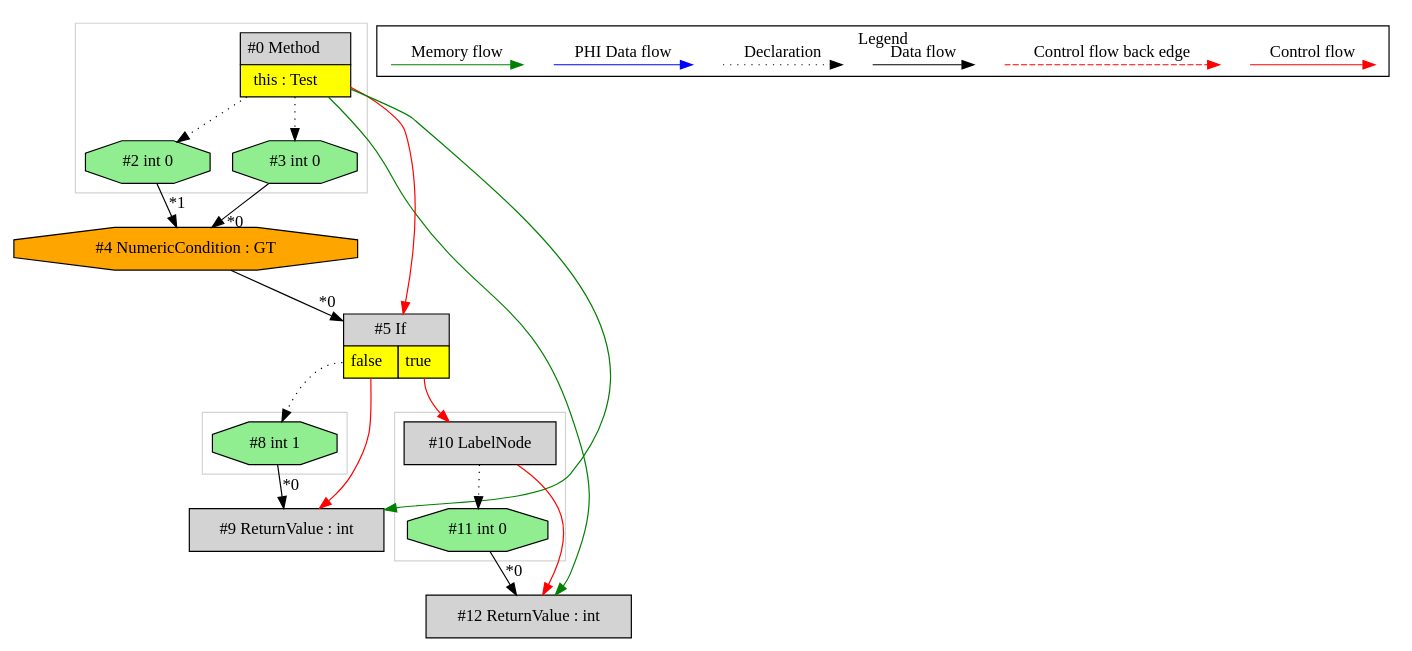
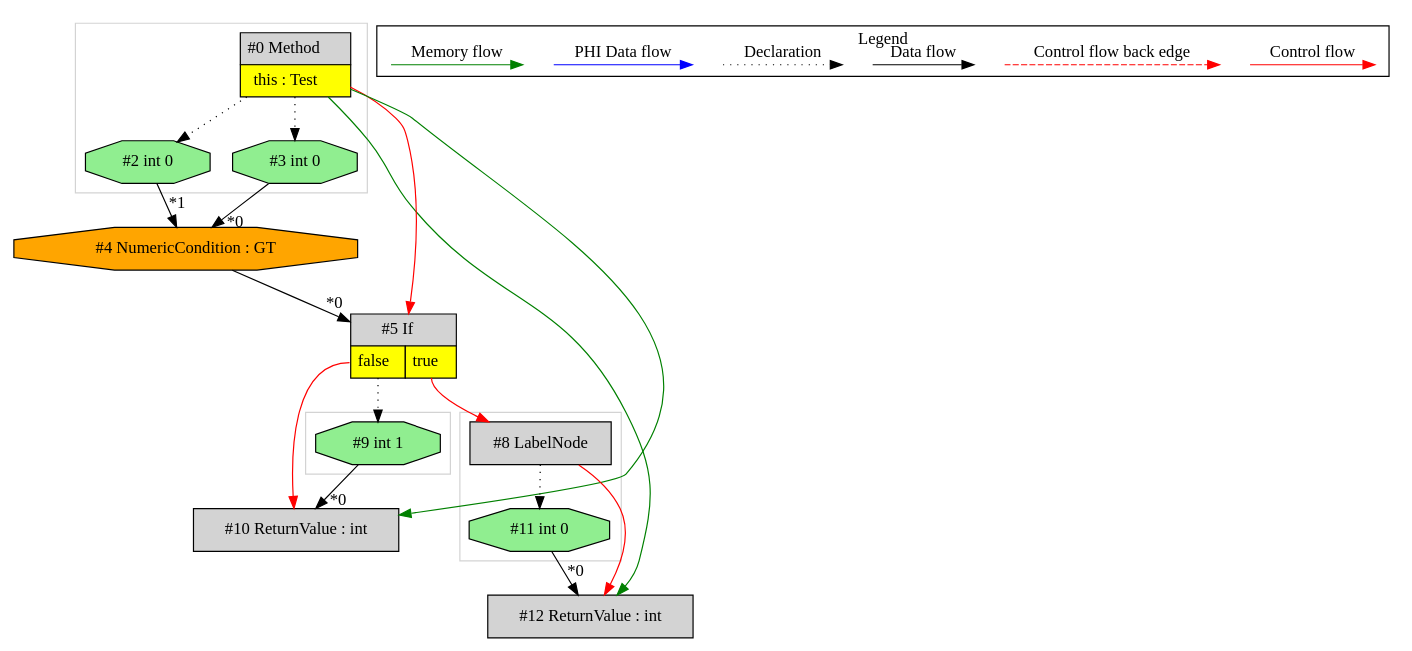
Before and after one commit to mirkosertic/MetaIR: the diagram in de.mirkosertic.metair.ir.OpcodeIFGTTest/test_IFGT/ir.dot, drawn with Graphviz. The commit also changed 1240 other files, not shown here.

```diff
--- a/de.mirkosertic.metair.ir.OpcodeIFGTTest/test_IFGT/ir.dot
+++ b/de.mirkosertic.metair.ir.OpcodeIFGTTest/test_IFGT/ir.dot
@@ -1,69 +1,69 @@
 digraph {
  ordering="in";
  node0[margin="0", label=<<table border="0" cellborder="1" cellspacing="0" cellpadding="5"><tr><td colspan="1">#0 Method</td></tr><tr><td port="prj1" bgcolor="yellow">this : Test</td></tr></table>>,shape=none, fillcolor=lightgrey, style=filled];
  node12[label="#12 ReturnValue : int",shape=box, fillcolor=lightgrey, style=filled];
  node11 -> node12[headlabel="*0", labeldistance=2];
- node10 -> node12[labeldistance=2, color=red, fontcolor=red];
+ node8 -> node12[labeldistance=2, color=red, fontcolor=red];
  node0 -> node12[labeldistance=2, color=green, constraint=false];
- node10[label="#10 LabelNode",shape=box, fillcolor=lightgrey, style=filled];
- node5:prj7 -> node10[labeldistance=2, color=red, fontcolor=red];
- node5[margin="0", label=<<table border="0" cellborder="1" cellspacing="0" cellpadding="5"><tr><td colspan="2">#5 If</td></tr><tr><td port="prj6" bgcolor="yellow">false</td><td port="prj7" bgcolor="yellow">true</td></tr></table>>,shape=none, fillcolor=lightgrey, style=filled];
+ node8[label="#8 LabelNode",shape=box, fillcolor=lightgrey, style=filled];
+ node5:prj6 -> node8[labeldistance=2, color=red, fontcolor=red];
+ node5[margin="0", label=<<table border="0" cellborder="1" cellspacing="0" cellpadding="5"><tr><td colspan="2">#5 If</td></tr><tr><td port="prj7" bgcolor="yellow">false</td><td port="prj6" bgcolor="yellow">true</td></tr></table>>,shape=none, fillcolor=lightgrey, style=filled];
  node4 -> node5[headlabel="*0", labeldistance=2];
  node0 -> node5[labeldistance=2, color=red, fontcolor=red];
  node4[label="#4 NumericCondition : GT",shape=octagon, fillcolor=orange, style=filled];
  node3 -> node4[headlabel="*0", labeldistance=2];
  node2 -> node4[headlabel="*1", labeldistance=2];
  node2[label="#2 int 0",shape=octagon, fillcolor=lightgreen, style=filled];
  node0 -> node2[style=dotted];
  node3[label="#3 int 0",shape=octagon, fillcolor=lightgreen, style=filled];
  node0 -> node3[style=dotted];
- node8[label="#8 int 1",shape=octagon, fillcolor=lightgreen, style=filled];
- node5:prj6 -> node8[style=dotted];
- node9[label="#9 ReturnValue : int",shape=box, fillcolor=lightgrey, style=filled];
- node8 -> node9[headlabel="*0", labeldistance=2];
- node5:prj6 -> node9[labeldistance=2, color=red, fontcolor=red];
- node0 -> node9[labeldistance=2, color=green, constraint=false];
+ node10[label="#10 ReturnValue : int",shape=box, fillcolor=lightgrey, style=filled];
+ node9 -> node10[headlabel="*0", labeldistance=2];
+ node5:prj7 -> node10[labeldistance=2, color=red, fontcolor=red];
+ node0 -> node10[labeldistance=2, color=green, constraint=false];
+ node9[label="#9 int 1",shape=octagon, fillcolor=lightgreen, style=filled];
+ node5:prj7 -> node9[style=dotted];
  node11[label="#11 int 0",shape=octagon, fillcolor=lightgreen, style=filled];
- node10 -> node11[style=dotted];
+ node8 -> node11[style=dotted];
  subgraph cluster_0 {
   color=lightgray;
-  node8;
+  node9;
  }
  subgraph cluster_1 {
+  color=lightgray;
+  node8;
+  node11;
+ }
+ subgraph cluster_2 {
   color=lightgray;
   node0;
   node2;
   node3;
- }
- subgraph cluster_2 {
-  color=lightgray;
-  node10;
-  node11;
  }
  subgraph cluster_000 {
   label = "Legend";
   node [shape=point]
   {
    rank=same;
    c0 [style = invis];
    c1 [style = invis];
    c2 [style = invis];
    c3 [style = invis];
    d0 [style = invis];
    d1 [style = invis];
    d2 [style = invis];
    d3 [style = invis];
    d4 [style = invis];
    d5 [style = invis];
    d6 [style = invis];
    d7 [style = invis];
   }
   c0 -> c1 [label="Control flow", style=solid, color=red]
   c2 -> c3 [label="Control flow back edge", style=dashed, color=red]
   d0 -> d1 [label="Data flow"]
   d2 -> d3 [label="Declaration", style=dotted]
   d4 -> d5 [label="PHI Data flow", color=blue]
   d6 -> d7 [label="Memory flow", color=green]
  }
 
 }
```
